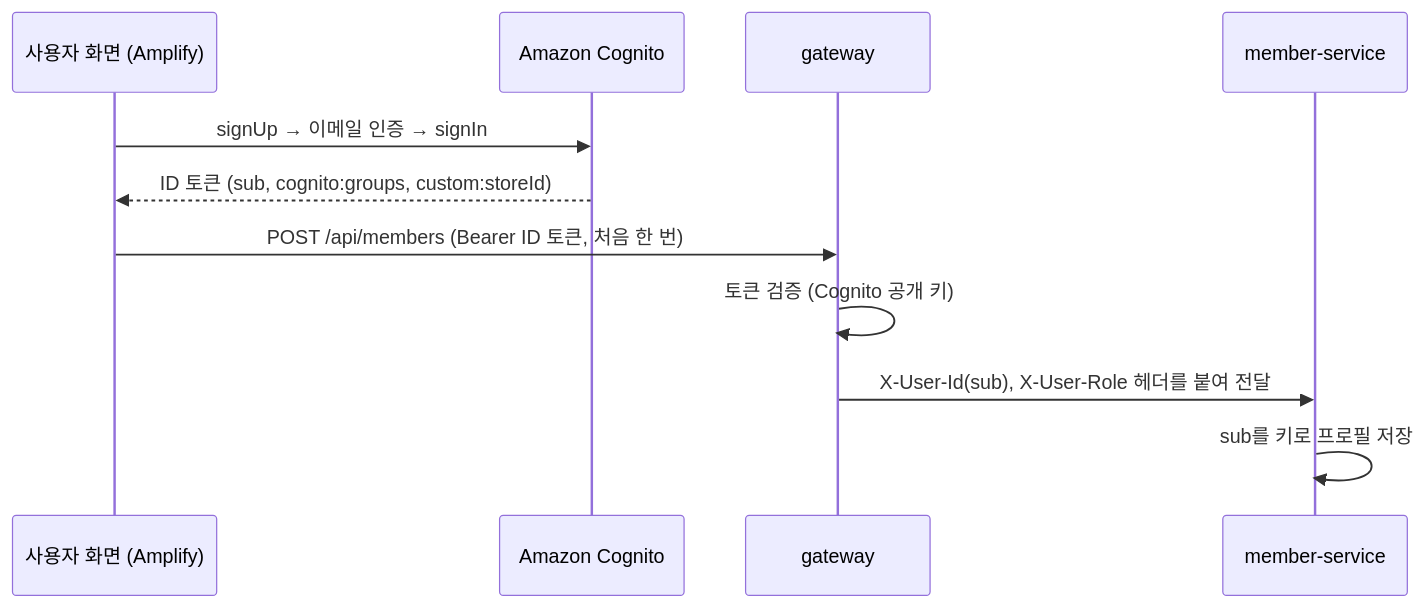
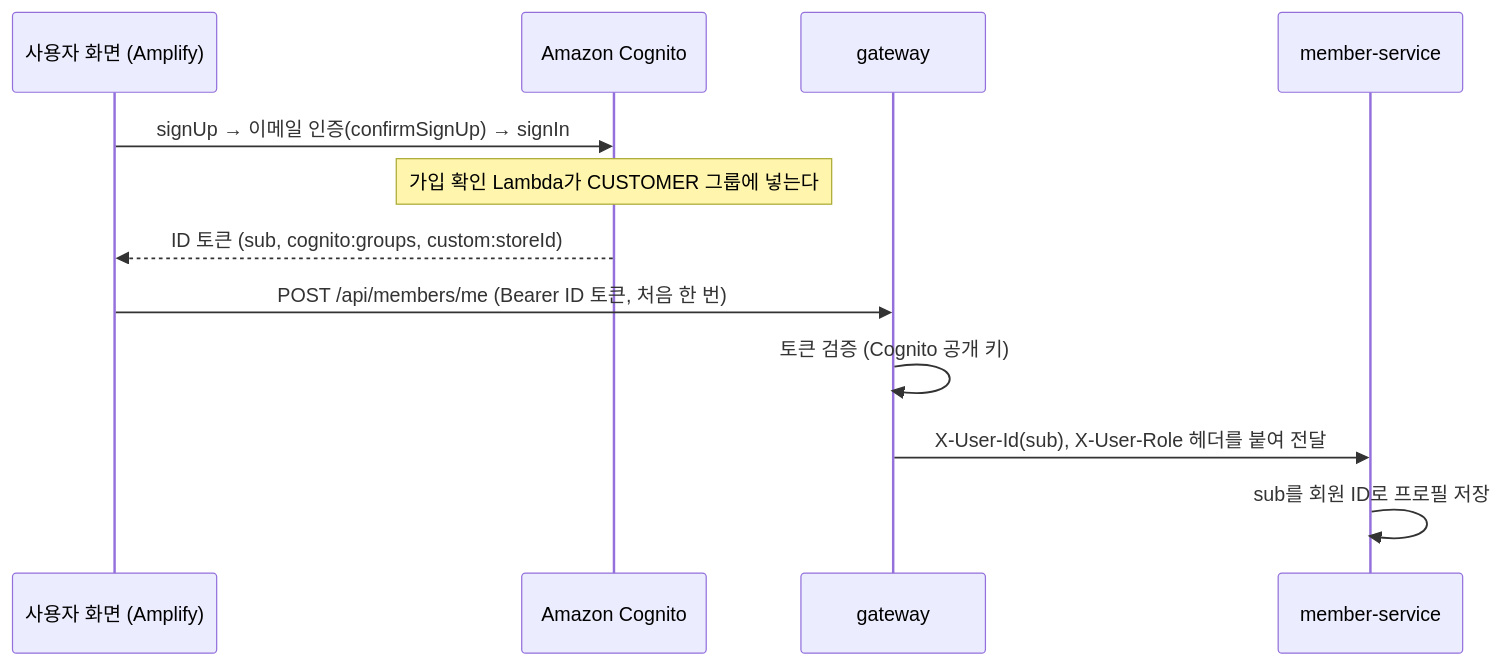
The diagram in README.md (sesac-freshlink/member-service), drawn with Mermaid before and after one commit. The commit also changed other lines of this file, not shown here.

````diff
--- a/README.md
+++ b/README.md
@@ -22,13 +22,14 @@
 ```mermaid
 sequenceDiagram
     participant U as 사용자 화면 (Amplify)
     participant COG as Amazon Cognito
     participant GW as gateway
     participant MEM as member-service
-    U->>COG: signUp → 이메일 인증 → signIn
+    U->>COG: signUp → 이메일 인증(confirmSignUp) → signIn
+    Note over COG: 가입 확인 Lambda가 CUSTOMER 그룹에 넣는다
     COG-->>U: ID 토큰 (sub, cognito:groups, custom:storeId)
-    U->>GW: POST /api/members (Bearer ID 토큰, 처음 한 번)
+    U->>GW: POST /api/members/me (Bearer ID 토큰, 처음 한 번)
     GW->>GW: 토큰 검증 (Cognito 공개 키)
     GW->>MEM: X-User-Id(sub), X-User-Role 헤더를 붙여 전달
-    MEM->>MEM: sub를 키로 프로필 저장
+    MEM->>MEM: sub를 회원 ID로 프로필 저장
 ```
````
